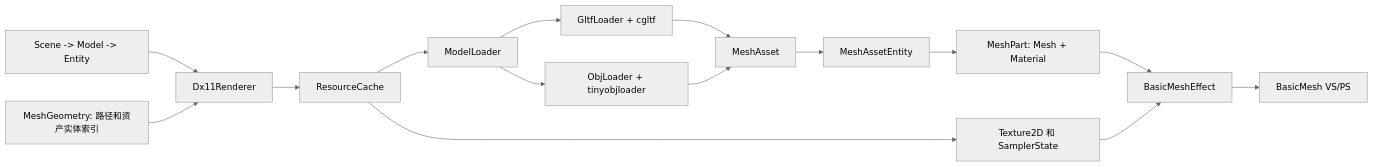
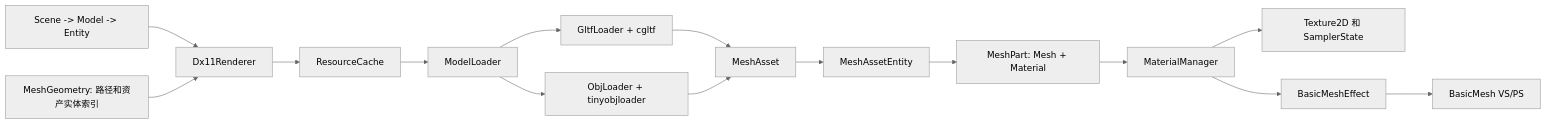
The diagram in docs/model-import-and-material.md (ELPSYKONGR/LRenderDemo), drawn with Mermaid (neutral theme) before and after one commit. The commit also changed other lines of this file and 64 other files, not shown here.

````diff
--- a/docs/model-import-and-material.md
+++ b/docs/model-import-and-material.md
@@ -8,17 +8,17 @@
 ```mermaid
 graph LR
     Scene[Scene -> Model -> Entity] --> Renderer[Dx11Renderer]
     Entity[MeshGeometry: 路径和资产实体索引] --> Renderer
     Renderer --> Cache[ResourceCache]
     Cache --> Loader[ModelLoader]
     Loader --> Gltf[GltfLoader + cgltf]
     Loader --> Obj[ObjLoader + tinyobjloader]
     Gltf --> Asset[MeshAsset]
     Obj --> Asset
     Asset --> AssetEntity[MeshAssetEntity]
     AssetEntity --> Part[MeshPart: Mesh + Material]
-    Cache --> Texture[Texture2D 和 SamplerState]
-    Part --> Effect[BasicMeshEffect]
-    Texture --> Effect
+    Part --> Manager[MaterialManager]
+    Manager --> Texture[Texture2D 和 SamplerState]
+    Manager --> Effect[BasicMeshEffect]
     Effect --> Shader[BasicMesh VS/PS]
 ```
````
